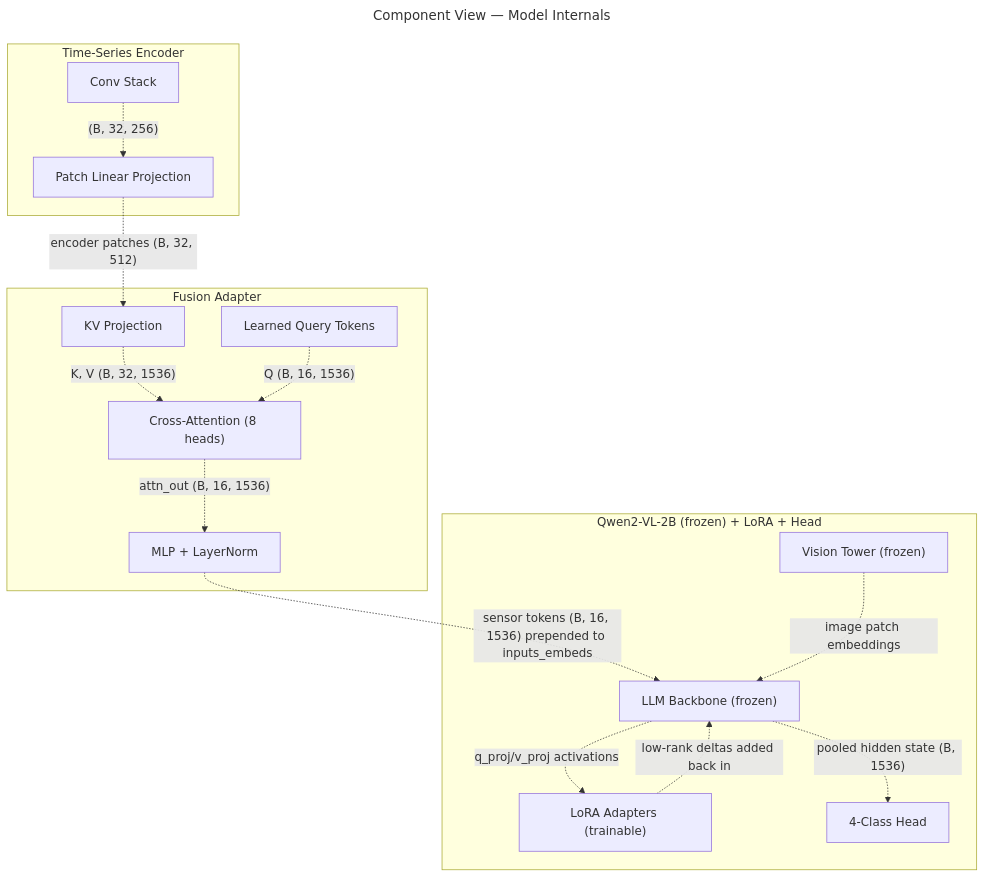
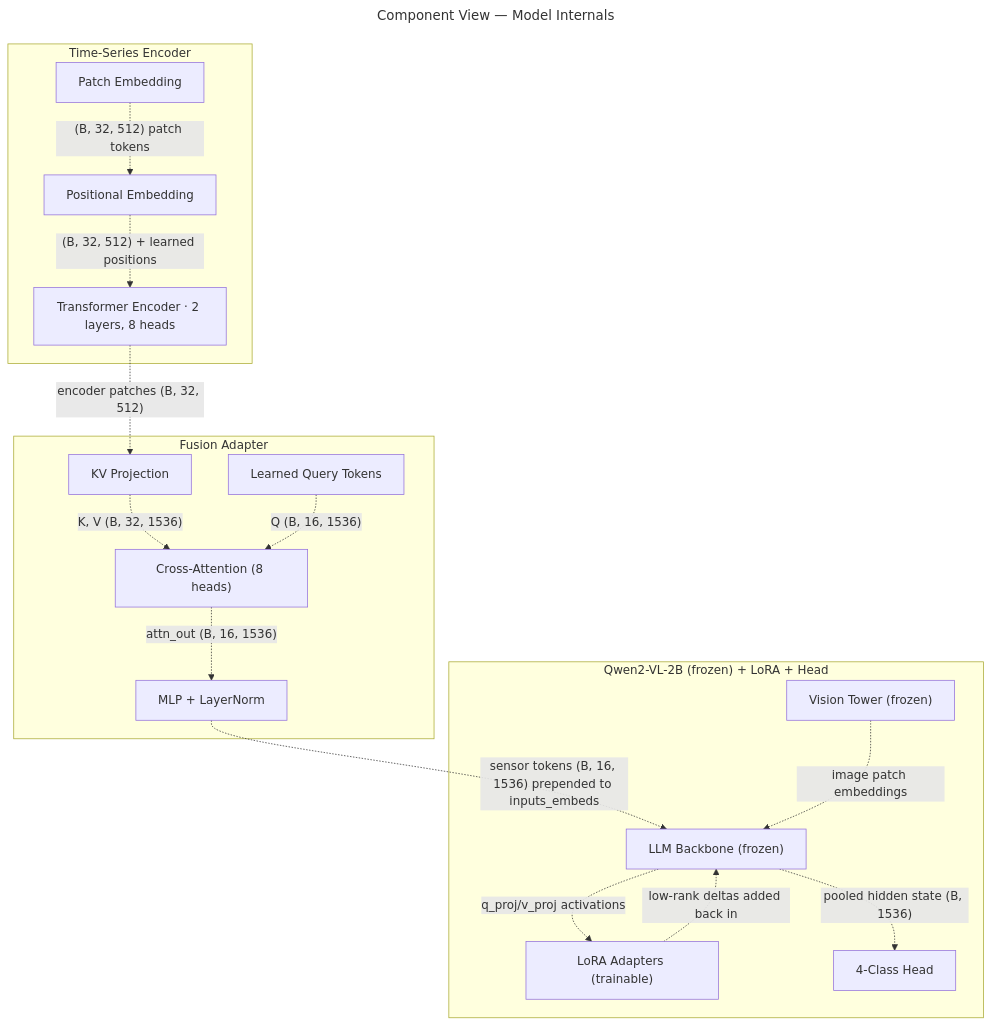
Before and after one commit to VoidAxiom/llava-for-sensors: the diagram in docs/architecture/component_models.mmd, drawn with Mermaid. The commit also changed 6 other files, not shown here.

First line of the commit message:
VOI-204: Phase 2 architecture + /understand regen + RUNNING_NOTES rollup (P2.2) (#30)

```diff
--- a/docs/architecture/component_models.mmd
+++ b/docs/architecture/component_models.mmd
@@ -1,31 +1,33 @@
 ---
 title: "Component View — Model Internals"
 ---
 graph TB
   subgraph LlavaTs_encoder["`Time-Series Encoder`"]
-    LlavaTs_encoder.Conv_stack@{ shape: rectangle, label: "Conv Stack" }
-    LlavaTs_encoder.Patch_proj@{ shape: rectangle, label: "Patch Linear Projection" }
+    LlavaTs_encoder.Patch_embed@{ shape: rectangle, label: "Patch Embedding" }
+    LlavaTs_encoder.Pos_embed@{ shape: rectangle, label: "Positional Embedding" }
+    LlavaTs_encoder.Transformer_stack@{ shape: rectangle, label: "Transformer Encoder · 2 layers, 8 heads" }
   end
   subgraph LlavaFusion["`Fusion Adapter`"]
     LlavaFusion.Kv_proj_layer@{ shape: rectangle, label: "KV Projection" }
     LlavaFusion.Learned_queries@{ shape: rectangle, label: "Learned Query Tokens" }
     LlavaFusion.Cross_attn_block@{ shape: rectangle, label: "Cross-Attention (8 heads)" }
     LlavaFusion.Fusion_mlp@{ shape: rectangle, label: "MLP + LayerNorm" }
   end
   subgraph LlavaVlm["`Qwen2-VL-2B (frozen) + LoRA + Head`"]
     LlavaVlm.Vision_tower@{ shape: rectangle, label: "Vision Tower (frozen)" }
     LlavaVlm.Llm_backbone@{ shape: rectangle, label: "LLM Backbone (frozen)" }
     LlavaVlm.Lora_adapters@{ shape: rectangle, label: "LoRA Adapters (trainable)" }
     LlavaVlm.Classification_head@{ shape: rectangle, label: "4-Class Head" }
   end
-  LlavaTs_encoder.Conv_stack -. "`(B, 32, 256)`" .-> LlavaTs_encoder.Patch_proj
-  LlavaTs_encoder.Patch_proj -. "`encoder patches (B, 32, 512)`" .-> LlavaFusion.Kv_proj_layer
+  LlavaTs_encoder.Patch_embed -. "`(B, 32, 512) patch tokens`" .-> LlavaTs_encoder.Pos_embed
+  LlavaTs_encoder.Pos_embed -. "`(B, 32, 512) + learned positions`" .-> LlavaTs_encoder.Transformer_stack
+  LlavaTs_encoder.Transformer_stack -. "`encoder patches (B, 32, 512)`" .-> LlavaFusion.Kv_proj_layer
   LlavaFusion.Kv_proj_layer -. "`K, V (B, 32, 1536)`" .-> LlavaFusion.Cross_attn_block
   LlavaFusion.Learned_queries -. "`Q (B, 16, 1536)`" .-> LlavaFusion.Cross_attn_block
   LlavaFusion.Cross_attn_block -. "`attn_out (B, 16, 1536)`" .-> LlavaFusion.Fusion_mlp
   LlavaFusion.Fusion_mlp -. "`sensor tokens (B, 16, 1536) prepended to 
 inputs_embeds`" .-> LlavaVlm.Llm_backbone
   LlavaVlm.Vision_tower -. "`image patch embeddings`" .-> LlavaVlm.Llm_backbone
   LlavaVlm.Llm_backbone -. "`q_proj/v_proj activations`" .-> LlavaVlm.Lora_adapters
   LlavaVlm.Llm_backbone -. "`pooled hidden state (B, 1536)`" .-> LlavaVlm.Classification_head
   LlavaVlm.Lora_adapters -. "`low-rank deltas added back in`" .-> LlavaVlm.Llm_backbone
```
